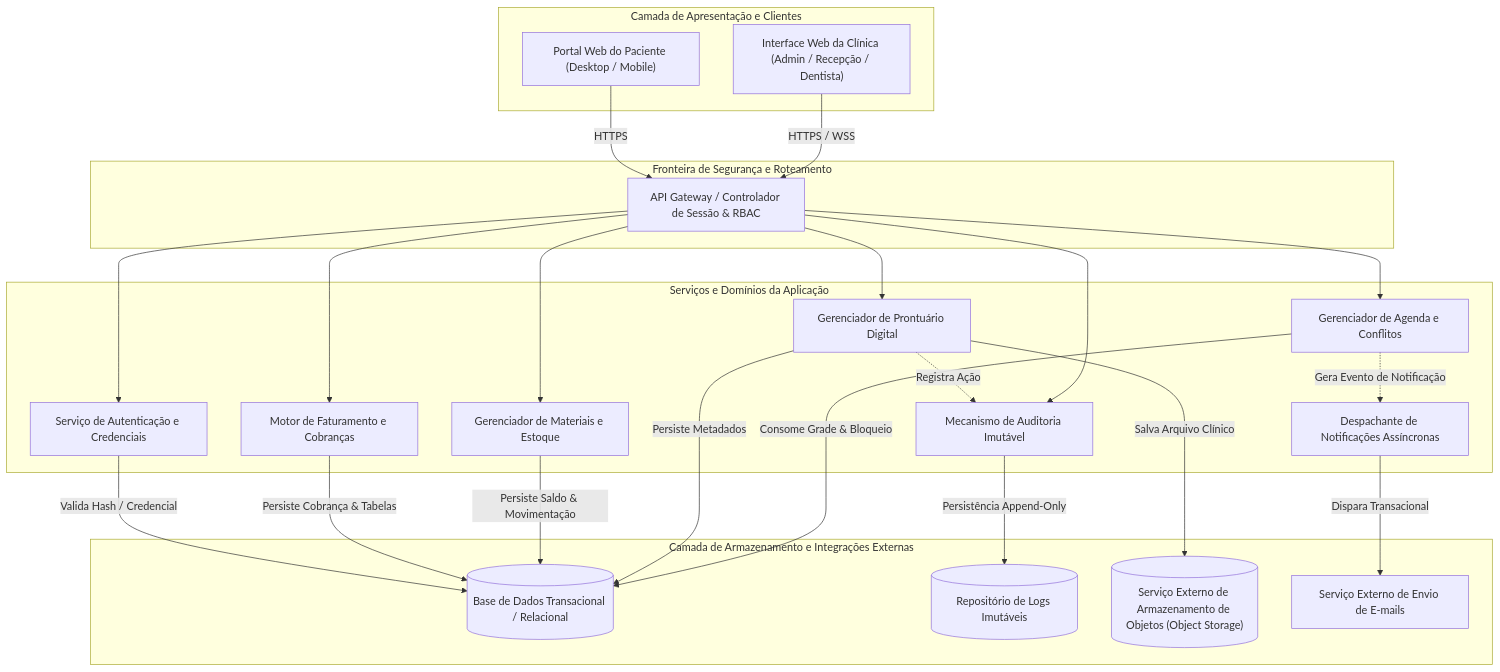
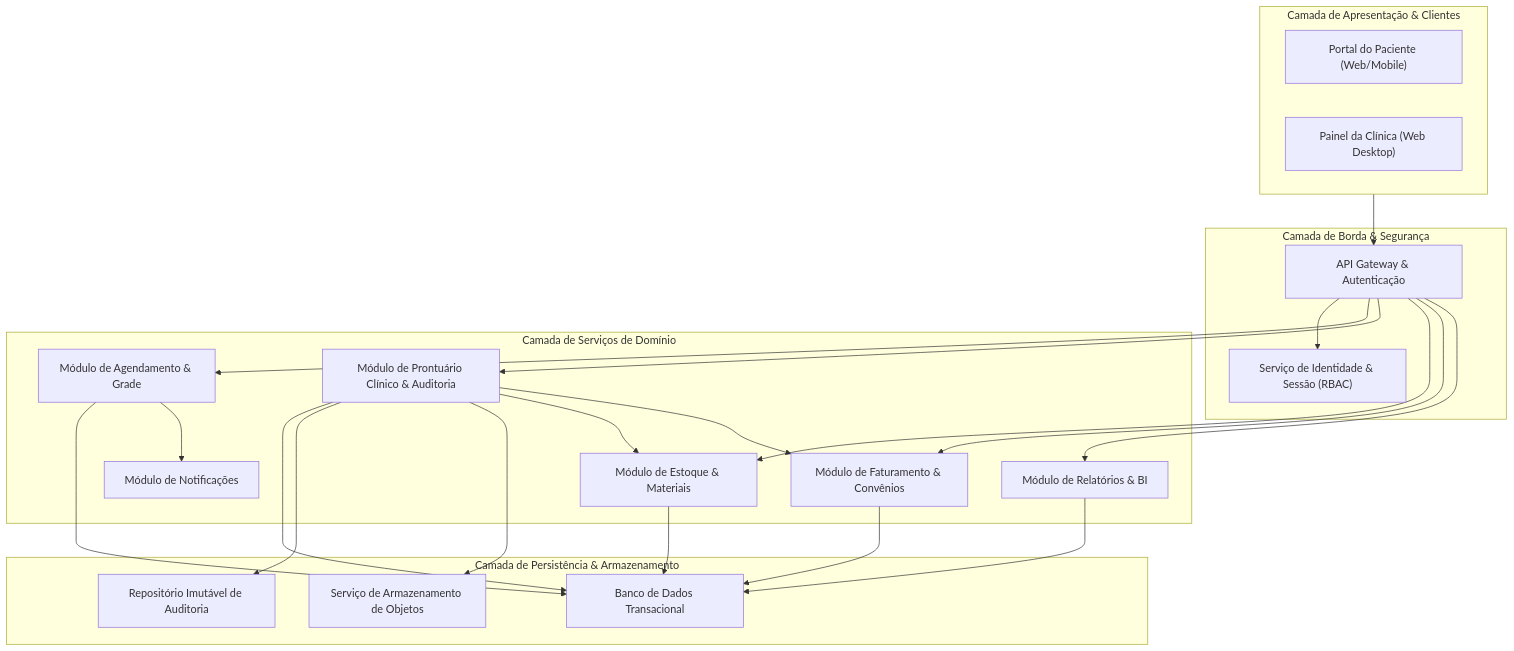
Before and after one commit to PDC-ESIA/AI4ES: the first of 2 diagrams in docs/Time_2_Design/analise-qualitativa/outputs/relatorio_gemini_3_7_flash_M02.md, drawn with Mermaid. The commit also changed other lines of this file and 107 other files, not shown here.

````diff
--- a/docs/Time_2_Design/analise-qualitativa/outputs/relatorio_gemini_3_7_flash_M02.md
+++ b/docs/Time_2_Design/analise-qualitativa/outputs/relatorio_gemini_3_7_flash_M02.md
@@ -30,50 +28,48 @@
 ```mermaid
-flowchart TB
-    subgraph Camada_Apresentacao ["Camada de Apresentação e Clientes"]
-        SPA_Admin_Recep["Interface Web da Clínica (Admin / Recepção / Dentista)"]
-        SPA_Portal["Portal Web do Paciente (Desktop / Mobile)"]
+graph TD
+    subgraph Clientes ["Camada de Apresentação & Clientes"]
+        PortalWeb["Portal do Paciente (Web/Mobile)"]
+        PainelClinica["Painel da Clínica (Web Desktop)"]
     end
 
-    subgraph Gateway_Fronteira ["Fronteira de Segurança e Roteamento"]
-        APIGateway["API Gateway / Controlador de Sessão & RBAC"]
+    subgraph Borda ["Camada de Borda & Segurança"]
+        APIGateway["API Gateway & Autenticação"]
+        AuthService["Serviço de Identidade & Sessão (RBAC)"]
     end
 
-    subgraph Camada_Aplicacao ["Serviços e Domínios da Aplicação"]
-        AuthService["Serviço de Autenticação e Credenciais"]
-        ScheduleService["Gerenciador de Agenda e Conflitos"]
-        ClinicalRecordService["Gerenciador de Prontuário Digital"]
-        InventoryService["Gerenciador de Materiais e Estoque"]
-        BillingService["Motor de Faturamento e Cobranças"]
-        NotificationService["Despachante de Notificações Assíncronas"]
-        AuditService["Mecanismo de Auditoria Imutável"]
+    subgraph Dominio ["Camada de Serviços de Domínio"]
+        AgendaService["Módulo de Agendamento & Grade"]
+        ProntuarioService["Módulo de Prontuário Clínico & Auditoria"]
+        EstoqueService["Módulo de Estoque & Materiais"]
+        FaturamentoService["Módulo de Faturamento & Convênios"]
+        NotificacaoService["Módulo de Notificações"]
+        RelatorioService["Módulo de Relatórios & BI"]
     end
 
-    subgraph Camada_Persistencia ["Camada de Armazenamento e Integrações Externas"]
-        TransactionalDB[("Base de Dados Transacional / Relacional")]
-        AuditLogDB[("Repositório de Logs Imutáveis")]
-        ObjectStorage[("Serviço Externo de Armazenamento de Objetos (Object Storage)")]
-        EmailProvider["Serviço Externo de Envio de E-mails"]
+    subgraph Armazenamento ["Camada de Persistência & Armazenamento"]
+        DBRelacional["Banco de Dados Transacional"]
+        AuditLog["Repositório Imutável de Auditoria"]
+        ObjectStorage["Serviço de Armazenamento de Objetos"]
     end
 
-    SPA_Admin_Recep -->|HTTPS / WSS| APIGateway
-    SPA_Portal -->|HTTPS| APIGateway
+    Clientes --> APIGateway
+    APIGateway --> AuthService
+    APIGateway --> AgendaService
+    APIGateway --> ProntuarioService
+    APIGateway --> EstoqueService
+    APIGateway --> FaturamentoService
+    APIGateway --> RelatorioService
 
-    APIGateway --> AuthService
-    APIGateway --> ScheduleService
-    APIGateway --> ClinicalRecordService
-    APIGateway --> InventoryService
-    APIGateway --> BillingService
-    APIGateway --> AuditService
+    AgendaService --> DBRelacional
+    AgendaService --> NotificacaoService
+    
+    ProntuarioService --> DBRelacional
+    ProntuarioService --> AuditLog
+    ProntuarioService --> ObjectStorage
+    ProntuarioService --> EstoqueService
+    ProntuarioService --> FaturamentoService
 
-    ClinicalRecordService -.->|Registra Ação| AuditService
-    ScheduleService -.->|Gera Evento de Notificação| NotificationService
-    ScheduleService -->|Consome Grade & Bloqueio| TransactionalDB
-    ClinicalRecordService -->|Persiste Metadados| TransactionalDB
-    ClinicalRecordService -->|Salva Arquivo Clínico| ObjectStorage
-    InventoryService -->|Persiste Saldo & Movimentação| TransactionalDB
-    BillingService -->|Persiste Cobrança & Tabelas| TransactionalDB
-    AuthService -->|Valida Hash / Credencial| TransactionalDB
-
-    AuditService -->|Persistência Append-Only| AuditLogDB
-    NotificationService -->|Dispara Transacional| EmailProvider
+    EstoqueService --> DBRelacional
+    FaturamentoService --> DBRelacional
+    RelatorioService --> DBRelacional
 ```
````
